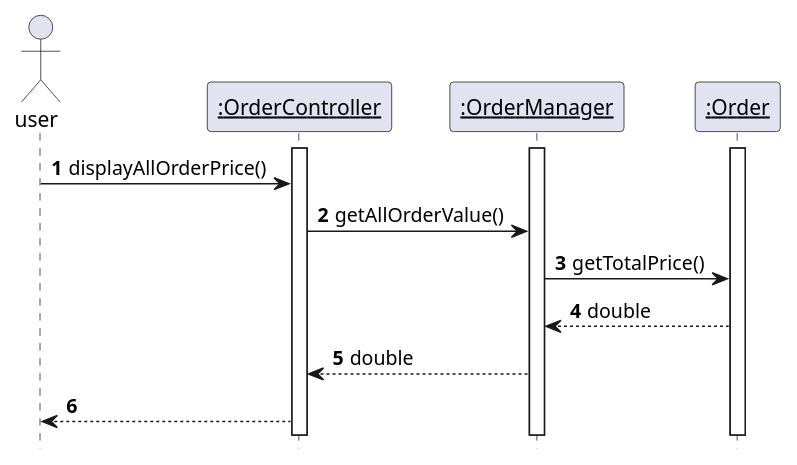
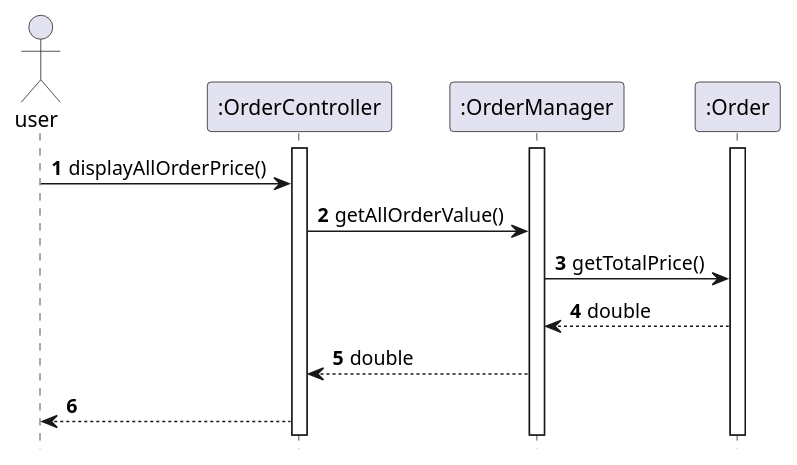
The diagram in docs/uml/sequence/OrderManager_diaplayAllOrderPrice.puml (nus-cs2113-AY2122S2/tp), drawn with PlantUML before and after one commit. The commit also changed 2 other files, not shown here.

```diff
--- a/docs/uml/sequence/OrderManager_diaplayAllOrderPrice.puml
+++ b/docs/uml/sequence/OrderManager_diaplayAllOrderPrice.puml
@@ -1,26 +1,26 @@
 @startuml
 'https://plantuml.com/sequence-diagram
 
 autonumber
 hide footbox
 
 actor user
-participant "__:OrderController__" as ordercontroller
-participant "__:OrderManager__" as ordermanager
-participant "__:Order__" as order
+participant ":OrderController" as ordercontroller
+participant ":OrderManager" as ordermanager
+participant ":Order" as order
 
 activate ordercontroller
 activate ordermanager
 activate order
 
 user -> ordercontroller: displayAllOrderPrice()
 
 ordercontroller -> ordermanager: getAllOrderValue()
 
 ordermanager -> order : getTotalPrice()
 
 order --> ordermanager : double
 ordermanager --> ordercontroller : double
 ordercontroller --> user
 
 @enduml
```
